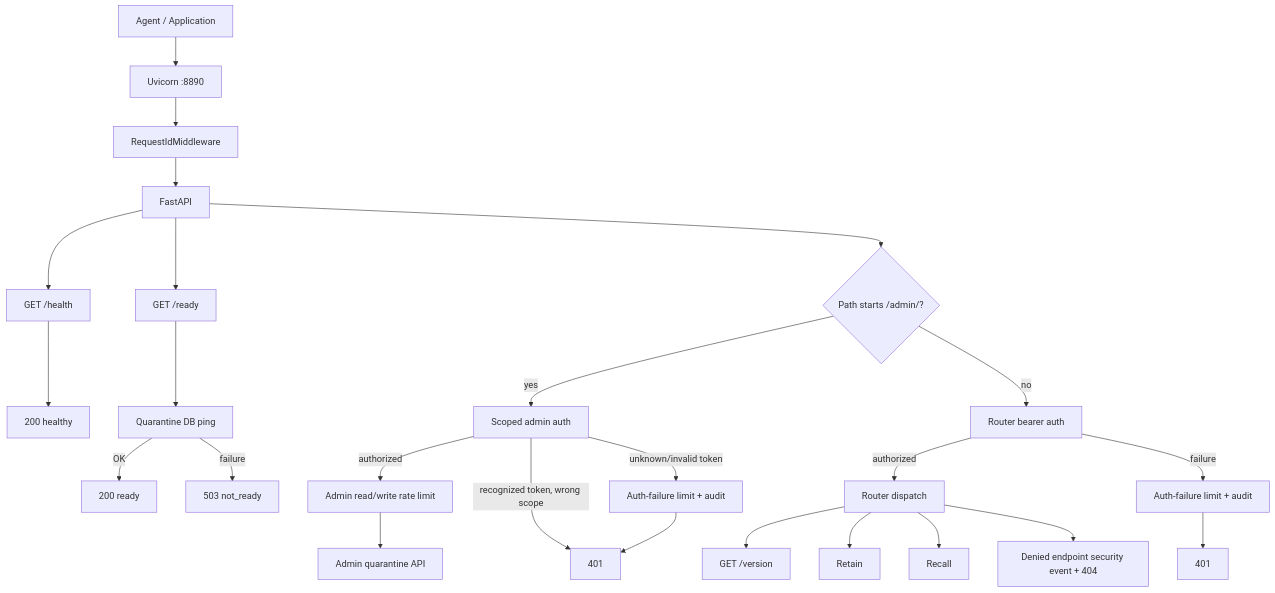
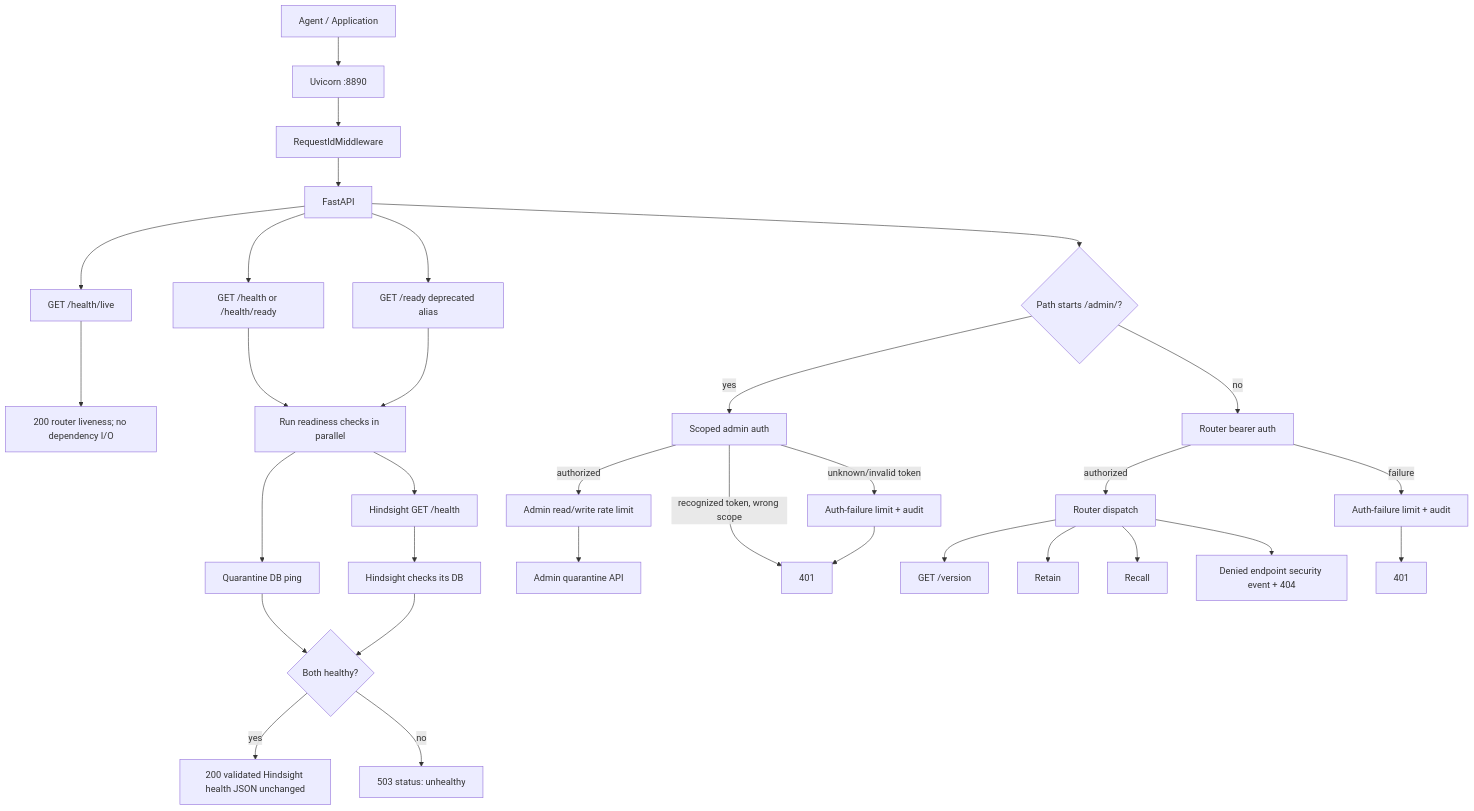
One commit to mickey-kras/hindsight-memory-router changed the first of 10 diagrams in docs/architecture/runtime-interactions.md. Above: the diagram before and after it, drawn with Mermaid. The commit also changed other lines of this file and 1 other file, not shown here.

Commit message:
Refresh health workflow docs (#131)

````diff
--- a/docs/architecture/runtime-interactions.md
+++ b/docs/architecture/runtime-interactions.md
@@ -7,34 +7,42 @@
 ```mermaid
 flowchart TD
     Client[Agent / Application] --> HTTP[Uvicorn :8890]
     HTTP --> RID[RequestIdMiddleware]
     RID --> App[FastAPI]
 
-    App --> Health[GET /health]
-    App --> Ready[GET /ready]
+    App --> Live[GET /health/live]
+    App --> Health[GET /health or /health/ready]
+    App --> LegacyReady[GET /ready deprecated alias]
     App --> Admin{Path starts /admin/?}
 
-    Health --> H200[200 healthy]
-    Ready --> DBPing[Quarantine DB ping]
-    DBPing -->|OK| R200[200 ready]
-    DBPing -->|failure| R503[503 not_ready]
+    Live --> L200[200 router liveness; no dependency I/O]
+
+    Health --> Checks[Run readiness checks in parallel]
+    LegacyReady --> Checks
+    Checks --> RouterDB[Quarantine DB ping]
+    Checks --> HHealth[Hindsight GET /health]
+    HHealth --> HDB[Hindsight checks its DB]
+    RouterDB --> Ready{Both healthy?}
+    HDB --> Ready
+    Ready -->|yes| H200[200 validated Hindsight health JSON unchanged]
+    Ready -->|no| H503[503 status: unhealthy]
 
     Admin -->|yes| AdminAuth[Scoped admin auth]
     Admin -->|no| RouterAuth[Router bearer auth]
 
     AdminAuth -->|authorized| AdminRate[Admin read/write rate limit]
     AdminAuth -->|recognized token, wrong scope| A401[401]
     AdminAuth -->|unknown/invalid token| AuthFailA[Auth-failure limit + audit]
     AuthFailA --> A401
 
     RouterAuth -->|authorized| RouterDispatch[Router dispatch]
     RouterAuth -->|failure| AuthFailR[Auth-failure limit + audit]
     AuthFailR --> R401[401]
 
     RouterDispatch --> Version[GET /version]
     RouterDispatch --> Retain[Retain]
     RouterDispatch --> Recall[Recall]
     RouterDispatch --> Denied[Denied endpoint security event + 404]
 
     AdminRate --> AdminDispatch[Admin quarantine API]
 ```
````
